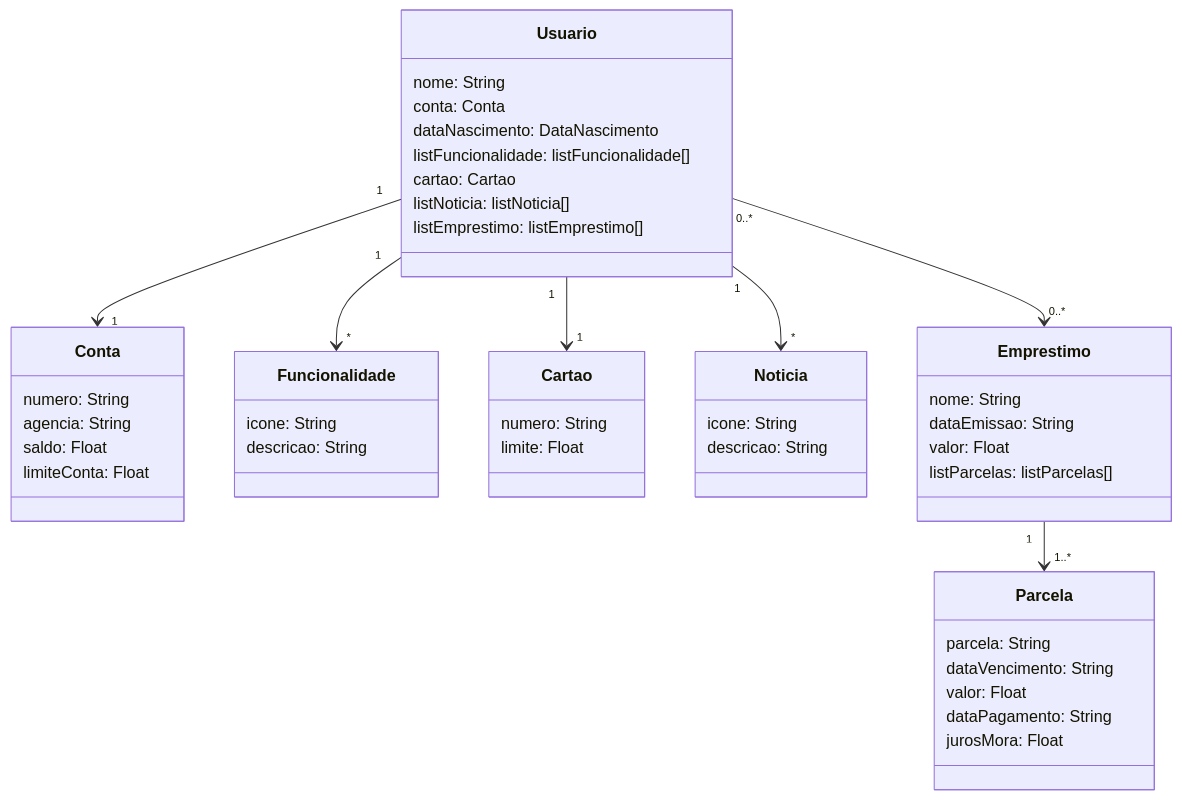
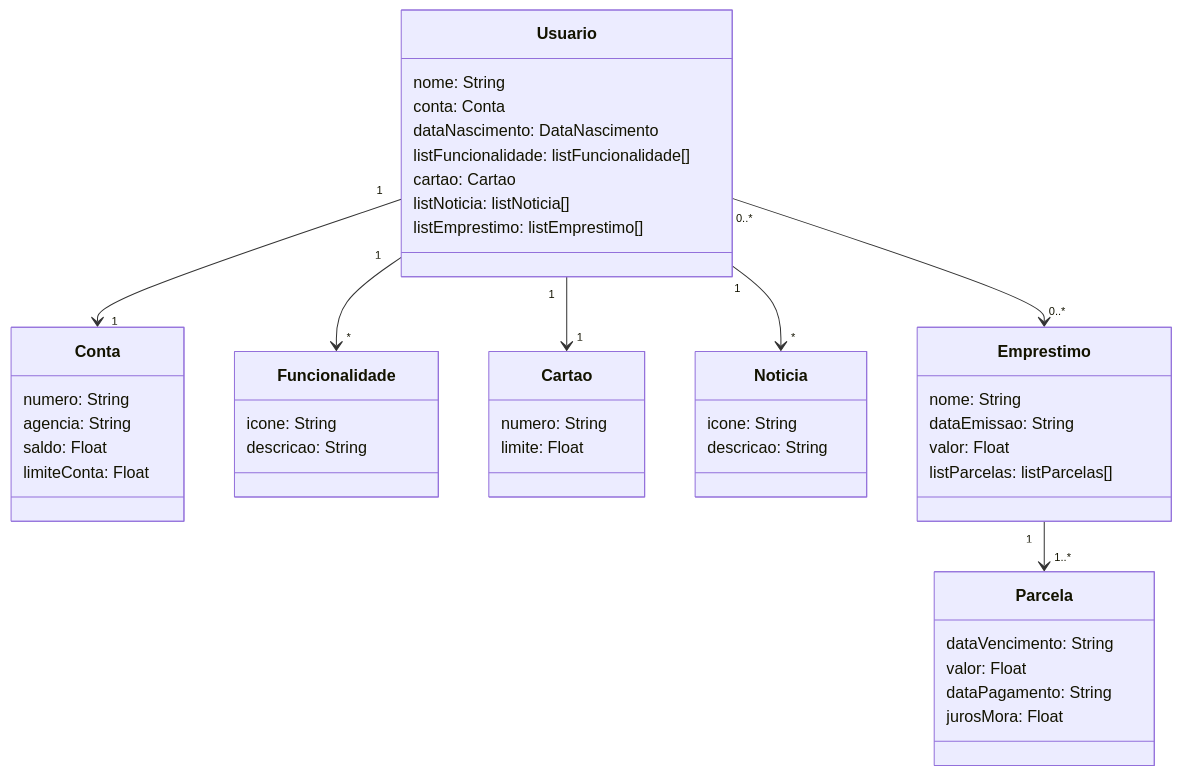
Before and after one commit to PADOCAS/spring-api-santander-bootcamp: the diagram in README.md, drawn with Mermaid.

````diff
--- a/README.md
+++ b/README.md
@@ -21,57 +21,56 @@
 ```mermaid
 classDiagram
   class Usuario {
     nome: String
     conta: Conta
     dataNascimento: DataNascimento
     listFuncionalidade: listFuncionalidade[]
     cartao: Cartao
     listNoticia: listNoticia[]
     listEmprestimo: listEmprestimo[]
   }
 
   class Conta {
     numero: String
     agencia: String
     saldo: Float
     limiteConta: Float
   }
 
   class Funcionalidade {
     icone: String
     descricao: String
   }
 
   class Cartao {
     numero: String
     limite: Float
   }
 
   class Noticia {
     icone: String
     descricao: String
   }
 
   class Emprestimo {
       nome: String
       dataEmissao: String
       valor: Float
       listParcelas: listParcelas[]
   }
 
   class Parcela {
-      parcela: String
       dataVencimento: String
       valor: Float
       dataPagamento: String
       jurosMora: Float
   }
 
   Usuario "1" --> "1" Conta
   Usuario "1" --> "*" Funcionalidade
   Usuario "1" --> "1" Cartao
   Usuario "1" --> "*" Noticia
   Usuario "0..*" --> "0..*" Emprestimo 
   Emprestimo "1" --> "1..*" Parcela 
 
 ```
````
